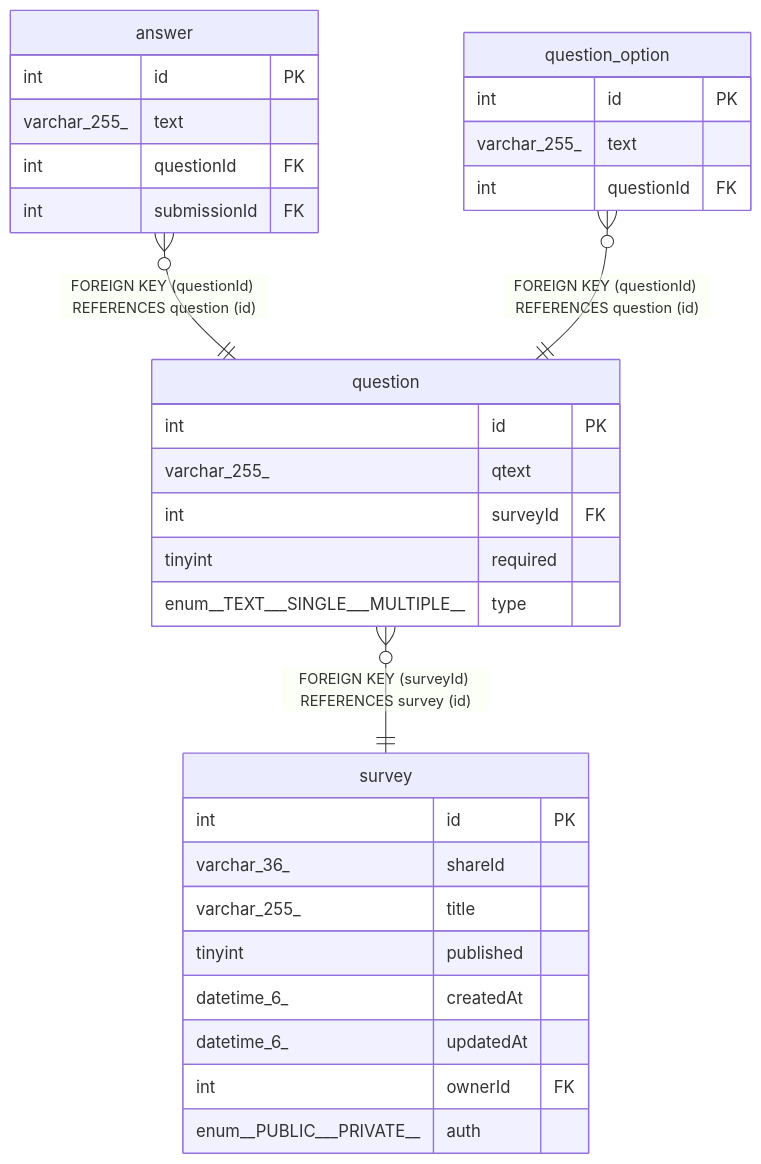
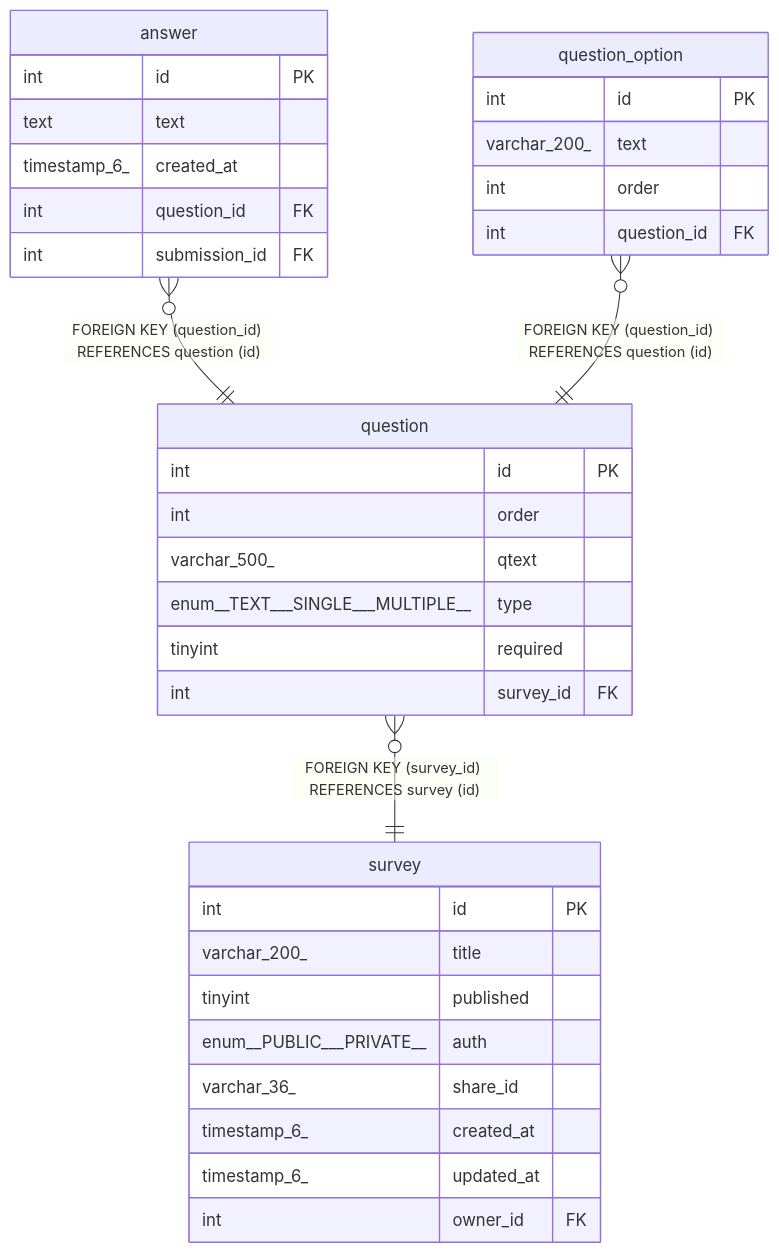
Before and after one commit to BepHblVI/First-nest: the diagram in docs/database/question.md, drawn with Mermaid. The commit also changed other lines of this file and 47 other files, not shown here.

````diff
--- a/docs/database/question.md
+++ b/docs/database/question.md
@@ -49,36 +51,39 @@
 ```mermaid
 erDiagram
 
-"answer" }o--|| "question" : "FOREIGN KEY (questionId) REFERENCES question (id)"
-"question_option" }o--|| "question" : "FOREIGN KEY (questionId) REFERENCES question (id)"
-"question" }o--|| "survey" : "FOREIGN KEY (surveyId) REFERENCES survey (id)"
+"answer" }o--|| "question" : "FOREIGN KEY (question_id) REFERENCES question (id)"
+"question_option" }o--|| "question" : "FOREIGN KEY (question_id) REFERENCES question (id)"
+"question" }o--|| "survey" : "FOREIGN KEY (survey_id) REFERENCES survey (id)"
 
 "question" {
   int id PK
-  varchar_255_ qtext
-  int surveyId FK
+  int order
+  varchar_500_ qtext
+  enum__TEXT___SINGLE___MULTIPLE__ type
   tinyint required
-  enum__TEXT___SINGLE___MULTIPLE__ type
+  int survey_id FK
 }
 "answer" {
   int id PK
-  varchar_255_ text
-  int questionId FK
-  int submissionId FK
+  text text
+  timestamp_6_ created_at
+  int question_id FK
+  int submission_id FK
 }
 "question_option" {
   int id PK
-  varchar_255_ text
-  int questionId FK
+  varchar_200_ text
+  int order
+  int question_id FK
 }
 "survey" {
   int id PK
-  varchar_36_ shareId
-  varchar_255_ title
+  varchar_200_ title
   tinyint published
-  datetime_6_ createdAt
-  datetime_6_ updatedAt
-  int ownerId FK
   enum__PUBLIC___PRIVATE__ auth
+  varchar_36_ share_id
+  timestamp_6_ created_at
+  timestamp_6_ updated_at
+  int owner_id FK
 }
 ```
````
